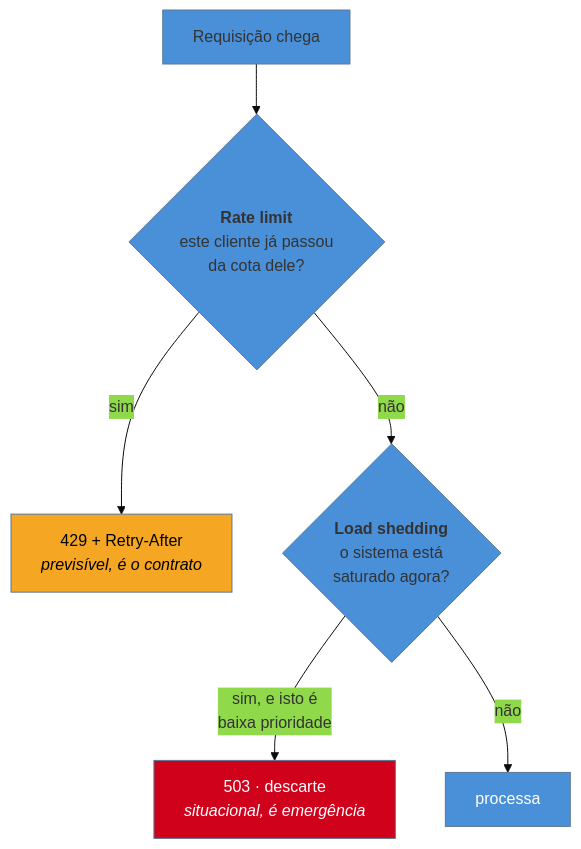
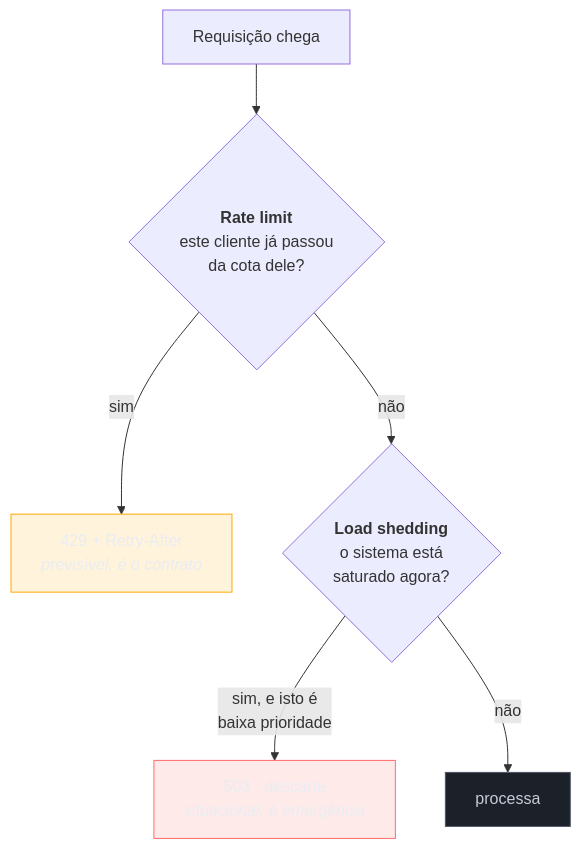
One commit to josenaldo/codex-technomanticus changed the diagram in 03-Dominios/Engenharia/Design de Software/Padrões de Projeto/Nuvem e Resiliência/07 - Rate Limiting e Load Shedding.md. Above: the diagram before and after it, drawn with Mermaid. The commit also changed 1181 other files, not shown here.

First line of the commit message:
fix(diagramas): paleta do sistema no lugar de cor cravada no markdown

````diff
--- a/03-Dominios/Engenharia/Design de Software/Padrões de Projeto/Nuvem e Resiliência/07 - Rate Limiting e Load Shedding.md
+++ b/03-Dominios/Engenharia/Design de Software/Padrões de Projeto/Nuvem e Resiliência/07 - Rate Limiting e Load Shedding.md
@@ -44,13 +44,15 @@
 ```mermaid
-%%{init: {"theme": "base", "themeVariables": {"primaryColor": "#4A90D9"}}}%%
 graph TD
+    classDef destaque fill:#FFAA0024,stroke:#FFAA00,color:#E9ECF2
+    classDef falha fill:#FF6B6B24,stroke:#FF6B6B,color:#E9ECF2
+    classDef neutro fill:#1B2029,stroke:#4E5666,color:#C6CCD8
     R["Requisição chega"] --> RL{"<b>Rate limit</b><br/>este cliente já passou<br/>da cota dele?"}
     RL -->|"sim"| E1["429 + Retry-After<br/><i>previsível, é o contrato</i>"]
     RL -->|"não"| LS{"<b>Load shedding</b><br/>o sistema está<br/>saturado agora?"}
     LS -->|"sim, e isto é<br/>baixa prioridade"| E2["503 · descarte<br/><i>situacional, é emergência</i>"]
     LS -->|"não"| OK["processa"]
 
-    style E1 fill:#F5A623,color:#000
-    style E2 fill:#D0021B,color:#fff
-    style OK fill:#4A90D9,color:#fff
+    class E1 destaque
+    class E2 falha
+    class OK neutro
 ```
````
